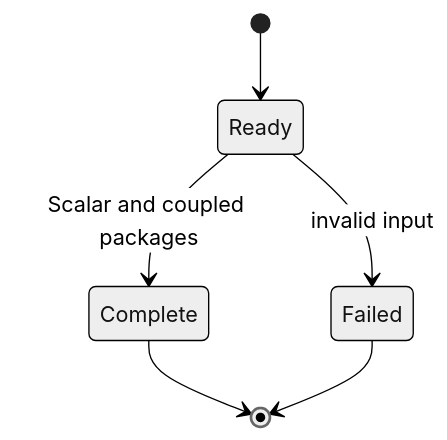
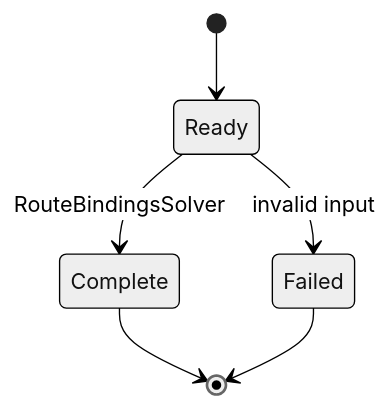
Before and after one commit to ShiboSoftwareDev/signal-integrity-pipeline: the second of 2 diagrams in README.md, drawn with Mermaid (neutral theme). The commit also changed other lines of this file and 6 other files, not shown here.

First line of the commit message:
feat: add RouteBindingsSolver

````diff
--- a/README.md
+++ b/README.md
@@ -22,8 +23,8 @@
 ```mermaid
 stateDiagram-v2
   [*] --> Ready
-  Ready --> Complete: Scalar and coupled packages
+  Ready --> Complete: RouteBindingsSolver
   Ready --> Failed: invalid input
   Complete --> [*]
   Failed --> [*]
 ```
````
